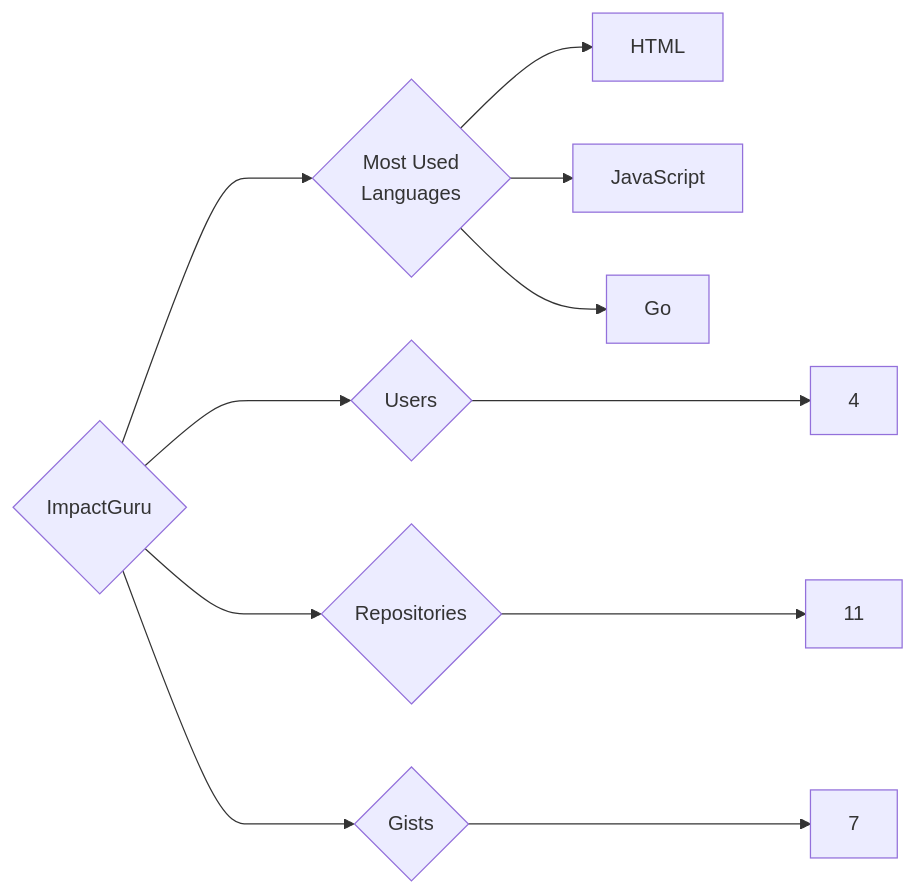
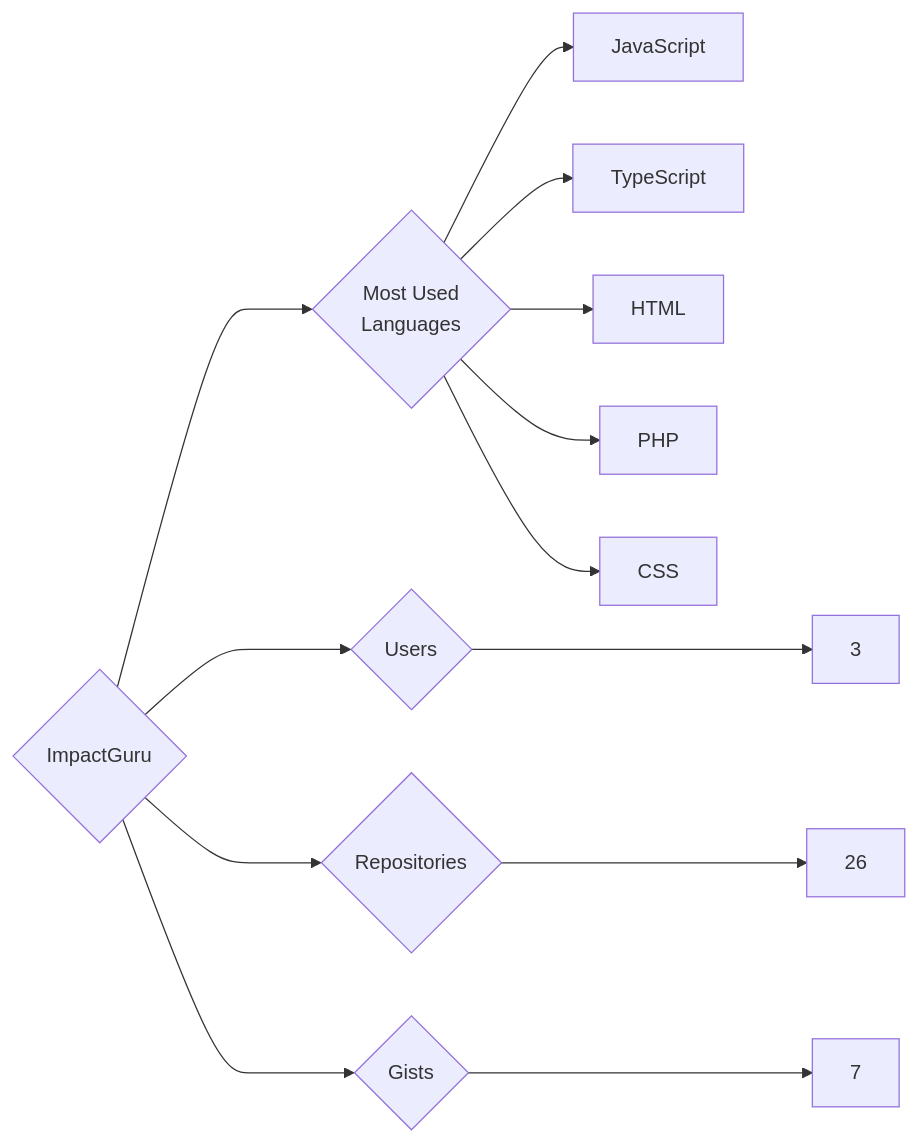
One commit to trickest/insiders changed the diagram in targets/ImpactGuru/README.md. Above: the diagram before and after it, drawn with Mermaid. The commit also changed 1120 other files, not shown here.

````diff
--- a/targets/ImpactGuru/README.md
+++ b/targets/ImpactGuru/README.md
@@ -3,11 +3,13 @@
 ```mermaid
 graph LR
 COMPANY_NAME{ImpactGuru}
-COMPANY_NAME ---> U{Users} ---> UN[4]
-COMPANY_NAME ---> R{Repositories} ---> RN[11]
+COMPANY_NAME ---> U{Users} ---> UN[3]
+COMPANY_NAME ---> R{Repositories} ---> RN[26]
 COMPANY_NAME ---> G{Gists} ---> GN[7]
 COMPANY_NAME ---> ML{Most Used<br>Languages}
+ML --> JavaScript[JavaScript]
+ML --> TypeScript[TypeScript]
 ML --> HTML[HTML]
-ML --> JavaScript[JavaScript]
-ML --> Go[Go]
+ML --> PHP[PHP]
+ML --> CSS[CSS]
 ```
````
